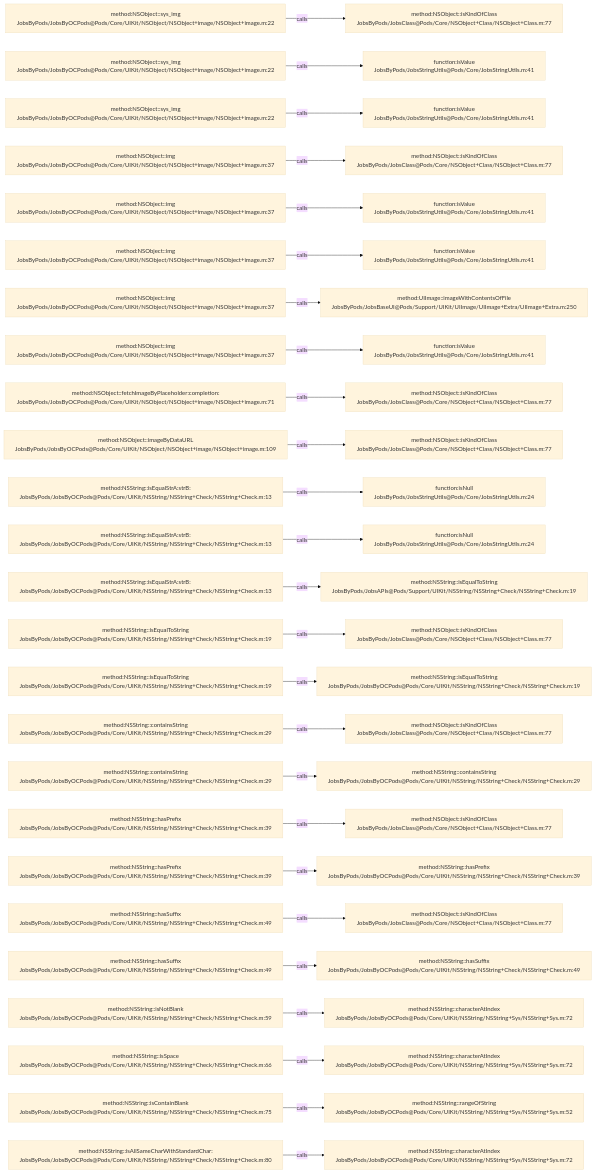
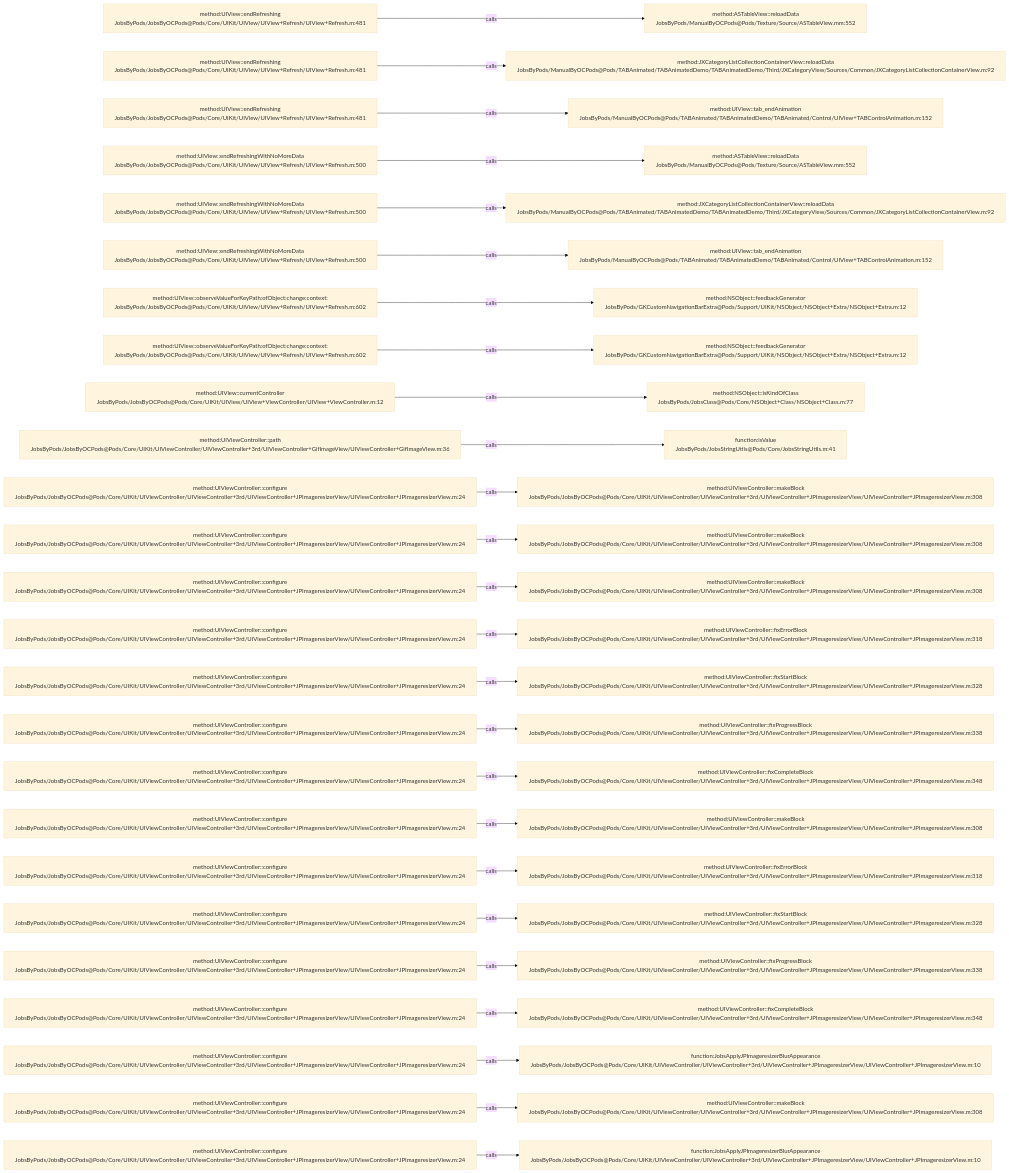
Before and after one commit to JobsKits/JobsOCBaseConfigDemo: the diagram in .codegraph/codegraph.md/graphs/calls-070.md, drawn with Mermaid (base theme). The commit also changed 1026 other files, not shown here.

````diff
--- a/.codegraph/codegraph.md/graphs/calls-070.md
+++ b/.codegraph/codegraph.md/graphs/calls-070.md
@@ -13,78 +13,78 @@
 ```mermaid
 flowchart LR
-  S1["method:NSObject::sys_img<br/>JobsByPods/JobsByOCPods@Pods/Core/UIKit/NSObject/NSObject+image/NSObject+image.m:22"]
-  T1["method:NSObject::isKindOfClass<br/>JobsByPods/JobsClass@Pods/Core/NSObject+Class/NSObject+Class.m:77"]
+  S1["method:UIView::endRefreshing<br/>JobsByPods/JobsByOCPods@Pods/Core/UIKit/UIView/UIView+Refresh/UIView+Refresh.m:481"]
+  T1["method:ASTableView::reloadData<br/>JobsByPods/ManualByOCPods@Pods/Texture/Source/ASTableView.mm:552"]
   S1 -->|calls| T1
-  S2["method:NSObject::sys_img<br/>JobsByPods/JobsByOCPods@Pods/Core/UIKit/NSObject/NSObject+image/NSObject+image.m:22"]
-  T2["function:isValue<br/>JobsByPods/JobsStringUtils@Pods/Core/JobsStringUtils.m:41"]
+  S2["method:UIView::endRefreshing<br/>JobsByPods/JobsByOCPods@Pods/Core/UIKit/UIView/UIView+Refresh/UIView+Refresh.m:481"]
+  T2["method:JXCategoryListCollectionContainerView::reloadData<br/>JobsByPods/ManualByOCPods@Pods/TABAnimated/TABAnimatedDemo/TABAnimatedDemo/Third/JXCategoryView/Sources/Common/JXCategoryListCollectionContainerView.m:92"]
   S2 -->|calls| T2
-  S3["method:NSObject::sys_img<br/>JobsByPods/JobsByOCPods@Pods/Core/UIKit/NSObject/NSObject+image/NSObject+image.m:22"]
-  T3["function:isValue<br/>JobsByPods/JobsStringUtils@Pods/Core/JobsStringUtils.m:41"]
+  S3["method:UIView::endRefreshing<br/>JobsByPods/JobsByOCPods@Pods/Core/UIKit/UIView/UIView+Refresh/UIView+Refresh.m:481"]
+  T3["method:UIView::tab_endAnimation<br/>JobsByPods/ManualByOCPods@Pods/TABAnimated/TABAnimatedDemo/TABAnimated/Control/UIView+TABControlAnimation.m:152"]
   S3 -->|calls| T3
-  S4["method:NSObject::img<br/>JobsByPods/JobsByOCPods@Pods/Core/UIKit/NSObject/NSObject+image/NSObject+image.m:37"]
-  T4["method:NSObject::isKindOfClass<br/>JobsByPods/JobsClass@Pods/Core/NSObject+Class/NSObject+Class.m:77"]
+  S4["method:UIView::endRefreshingWithNoMoreData<br/>JobsByPods/JobsByOCPods@Pods/Core/UIKit/UIView/UIView+Refresh/UIView+Refresh.m:500"]
+  T4["method:ASTableView::reloadData<br/>JobsByPods/ManualByOCPods@Pods/Texture/Source/ASTableView.mm:552"]
   S4 -->|calls| T4
-  S5["method:NSObject::img<br/>JobsByPods/JobsByOCPods@Pods/Core/UIKit/NSObject/NSObject+image/NSObject+image.m:37"]
-  T5["function:isValue<br/>JobsByPods/JobsStringUtils@Pods/Core/JobsStringUtils.m:41"]
+  S5["method:UIView::endRefreshingWithNoMoreData<br/>JobsByPods/JobsByOCPods@Pods/Core/UIKit/UIView/UIView+Refresh/UIView+Refresh.m:500"]
+  T5["method:JXCategoryListCollectionContainerView::reloadData<br/>JobsByPods/ManualByOCPods@Pods/TABAnimated/TABAnimatedDemo/TABAnimatedDemo/Third/JXCategoryView/Sources/Common/JXCategoryListCollectionContainerView.m:92"]
   S5 -->|calls| T5
-  S6["method:NSObject::img<br/>JobsByPods/JobsByOCPods@Pods/Core/UIKit/NSObject/NSObject+image/NSObject+image.m:37"]
-  T6["function:isValue<br/>JobsByPods/JobsStringUtils@Pods/Core/JobsStringUtils.m:41"]
+  S6["method:UIView::endRefreshingWithNoMoreData<br/>JobsByPods/JobsByOCPods@Pods/Core/UIKit/UIView/UIView+Refresh/UIView+Refresh.m:500"]
+  T6["method:UIView::tab_endAnimation<br/>JobsByPods/ManualByOCPods@Pods/TABAnimated/TABAnimatedDemo/TABAnimated/Control/UIView+TABControlAnimation.m:152"]
   S6 -->|calls| T6
-  S7["method:NSObject::img<br/>JobsByPods/JobsByOCPods@Pods/Core/UIKit/NSObject/NSObject+image/NSObject+image.m:37"]
-  T7["method:UIImage::imageWithContentsOfFile<br/>JobsByPods/JobsBaseUI@Pods/Support/UIKit/UIImage/UIImage+Extra/UIImage+Extra.m:250"]
+  S7["method:UIView::observeValueForKeyPath:ofObject:change:context:<br/>JobsByPods/JobsByOCPods@Pods/Core/UIKit/UIView/UIView+Refresh/UIView+Refresh.m:602"]
+  T7["method:NSObject::feedbackGenerator<br/>JobsByPods/GKCustomNavigationBarExtra@Pods/Support/UIKit/NSObject/NSObject+Extra/NSObject+Extra.m:12"]
   S7 -->|calls| T7
-  S8["method:NSObject::img<br/>JobsByPods/JobsByOCPods@Pods/Core/UIKit/NSObject/NSObject+image/NSObject+image.m:37"]
-  T8["function:isValue<br/>JobsByPods/JobsStringUtils@Pods/Core/JobsStringUtils.m:41"]
+  S8["method:UIView::observeValueForKeyPath:ofObject:change:context:<br/>JobsByPods/JobsByOCPods@Pods/Core/UIKit/UIView/UIView+Refresh/UIView+Refresh.m:602"]
+  T8["method:NSObject::feedbackGenerator<br/>JobsByPods/GKCustomNavigationBarExtra@Pods/Support/UIKit/NSObject/NSObject+Extra/NSObject+Extra.m:12"]
   S8 -->|calls| T8
-  S9["method:NSObject::fetchImageByPlaceholder:completion:<br/>JobsByPods/JobsByOCPods@Pods/Core/UIKit/NSObject/NSObject+image/NSObject+image.m:71"]
+  S9["method:UIView::currentController<br/>JobsByPods/JobsByOCPods@Pods/Core/UIKit/UIView/UIView+ViewController/UIView+ViewController.m:12"]
   T9["method:NSObject::isKindOfClass<br/>JobsByPods/JobsClass@Pods/Core/NSObject+Class/NSObject+Class.m:77"]
   S9 -->|calls| T9
-  S10["method:NSObject::imageByDataURL<br/>JobsByPods/JobsByOCPods@Pods/Core/UIKit/NSObject/NSObject+image/NSObject+image.m:109"]
-  T10["method:NSObject::isKindOfClass<br/>JobsByPods/JobsClass@Pods/Core/NSObject+Class/NSObject+Class.m:77"]
+  S10["method:UIViewController::path<br/>JobsByPods/JobsByOCPods@Pods/Core/UIKit/UIViewController/UIViewController+3rd/UIViewController+GifImageView/UIViewController+GifImageView.m:36"]
+  T10["function:isValue<br/>JobsByPods/JobsStringUtils@Pods/Core/JobsStringUtils.m:41"]
   S10 -->|calls| T10
-  S11["method:NSString::isEqualStrA:strB:<br/>JobsByPods/JobsByOCPods@Pods/Core/UIKit/NSString/NSString+Check/NSString+Check.m:13"]
-  T11["function:isNull<br/>JobsByPods/JobsStringUtils@Pods/Core/JobsStringUtils.m:24"]
+  S11["method:UIViewController::configure<br/>JobsByPods/JobsByOCPods@Pods/Core/UIKit/UIViewController/UIViewController+3rd/UIViewController+JPImageresizerView/UIViewController+JPImageresizerView.m:24"]
+  T11["method:UIViewController::makeBlock<br/>JobsByPods/JobsByOCPods@Pods/Core/UIKit/UIViewController/UIViewController+3rd/UIViewController+JPImageresizerView/UIViewController+JPImageresizerView.m:308"]
   S11 -->|calls| T11
-  S12["method:NSString::isEqualStrA:strB:<br/>JobsByPods/JobsByOCPods@Pods/Core/UIKit/NSString/NSString+Check/NSString+Check.m:13"]
-  T12["function:isNull<br/>JobsByPods/JobsStringUtils@Pods/Core/JobsStringUtils.m:24"]
+  S12["method:UIViewController::configure<br/>JobsByPods/JobsByOCPods@Pods/Core/UIKit/UIViewController/UIViewController+3rd/UIViewController+JPImageresizerView/UIViewController+JPImageresizerView.m:24"]
+  T12["method:UIViewController::makeBlock<br/>JobsByPods/JobsByOCPods@Pods/Core/UIKit/UIViewController/UIViewController+3rd/UIViewController+JPImageresizerView/UIViewController+JPImageresizerView.m:308"]
   S12 -->|calls| T12
-  S13["method:NSString::isEqualStrA:strB:<br/>JobsByPods/JobsByOCPods@Pods/Core/UIKit/NSString/NSString+Check/NSString+Check.m:13"]
-  T13["method:NSString::isEqualToString<br/>JobsByPods/JobsAPIs@Pods/Support/UIKit/NSString/NSString+Check/NSString+Check.m:19"]
+  S13["method:UIViewController::configure<br/>JobsByPods/JobsByOCPods@Pods/Core/UIKit/UIViewController/UIViewController+3rd/UIViewController+JPImageresizerView/UIViewController+JPImageresizerView.m:24"]
+  T13["method:UIViewController::makeBlock<br/>JobsByPods/JobsByOCPods@Pods/Core/UIKit/UIViewController/UIViewController+3rd/UIViewController+JPImageresizerView/UIViewController+JPImageresizerView.m:308"]
   S13 -->|calls| T13
-  S14["method:NSString::isEqualToString<br/>JobsByPods/JobsByOCPods@Pods/Core/UIKit/NSString/NSString+Check/NSString+Check.m:19"]
-  T14["method:NSObject::isKindOfClass<br/>JobsByPods/JobsClass@Pods/Core/NSObject+Class/NSObject+Class.m:77"]
+  S14["method:UIViewController::configure<br/>JobsByPods/JobsByOCPods@Pods/Core/UIKit/UIViewController/UIViewController+3rd/UIViewController+JPImageresizerView/UIViewController+JPImageresizerView.m:24"]
+  T14["method:UIViewController::fixErrorBlock<br/>JobsByPods/JobsByOCPods@Pods/Core/UIKit/UIViewController/UIViewController+3rd/UIViewController+JPImageresizerView/UIViewController+JPImageresizerView.m:318"]
   S14 -->|calls| T14
-  S15["method:NSString::isEqualToString<br/>JobsByPods/JobsByOCPods@Pods/Core/UIKit/NSString/NSString+Check/NSString+Check.m:19"]
-  T15["method:NSString::isEqualToString<br/>JobsByPods/JobsByOCPods@Pods/Core/UIKit/NSString/NSString+Check/NSString+Check.m:19"]
+  S15["method:UIViewController::configure<br/>JobsByPods/JobsByOCPods@Pods/Core/UIKit/UIViewController/UIViewController+3rd/UIViewController+JPImageresizerView/UIViewController+JPImageresizerView.m:24"]
+  T15["method:UIViewController::fixStartBlock<br/>JobsByPods/JobsByOCPods@Pods/Core/UIKit/UIViewController/UIViewController+3rd/UIViewController+JPImageresizerView/UIViewController+JPImageresizerView.m:328"]
   S15 -->|calls| T15
-  S16["method:NSString::containsString<br/>JobsByPods/JobsByOCPods@Pods/Core/UIKit/NSString/NSString+Check/NSString+Check.m:29"]
-  T16["method:NSObject::isKindOfClass<br/>JobsByPods/JobsClass@Pods/Core/NSObject+Class/NSObject+Class.m:77"]
+  S16["method:UIViewController::configure<br/>JobsByPods/JobsByOCPods@Pods/Core/UIKit/UIViewController/UIViewController+3rd/UIViewController+JPImageresizerView/UIViewController+JPImageresizerView.m:24"]
+  T16["method:UIViewController::fixProgressBlock<br/>JobsByPods/JobsByOCPods@Pods/Core/UIKit/UIViewController/UIViewController+3rd/UIViewController+JPImageresizerView/UIViewController+JPImageresizerView.m:338"]
   S16 -->|calls| T16
-  S17["method:NSString::containsString<br/>JobsByPods/JobsByOCPods@Pods/Core/UIKit/NSString/NSString+Check/NSString+Check.m:29"]
-  T17["method:NSString::containsString<br/>JobsByPods/JobsByOCPods@Pods/Core/UIKit/NSString/NSString+Check/NSString+Check.m:29"]
+  S17["method:UIViewController::configure<br/>JobsByPods/JobsByOCPods@Pods/Core/UIKit/UIViewController/UIViewController+3rd/UIViewController+JPImageresizerView/UIViewController+JPImageresizerView.m:24"]
+  T17["method:UIViewController::fixCompleteBlock<br/>JobsByPods/JobsByOCPods@Pods/Core/UIKit/UIViewController/UIViewController+3rd/UIViewController+JPImageresizerView/UIViewController+JPImageresizerView.m:348"]
   S17 -->|calls| T17
-  S18["method:NSString::hasPrefix<br/>JobsByPods/JobsByOCPods@Pods/Core/UIKit/NSString/NSString+Check/NSString+Check.m:39"]
-  T18["method:NSObject::isKindOfClass<br/>JobsByPods/JobsClass@Pods/Core/NSObject+Class/NSObject+Class.m:77"]
+  S18["method:UIViewController::configure<br/>JobsByPods/JobsByOCPods@Pods/Core/UIKit/UIViewController/UIViewController+3rd/UIViewController+JPImageresizerView/UIViewController+JPImageresizerView.m:24"]
+  T18["method:UIViewController::makeBlock<br/>JobsByPods/JobsByOCPods@Pods/Core/UIKit/UIViewController/UIViewController+3rd/UIViewController+JPImageresizerView/UIViewController+JPImageresizerView.m:308"]
   S18 -->|calls| T18
-  S19["method:NSString::hasPrefix<br/>JobsByPods/JobsByOCPods@Pods/Core/UIKit/NSString/NSString+Check/NSString+Check.m:39"]
-  T19["method:NSString::hasPrefix<br/>JobsByPods/JobsByOCPods@Pods/Core/UIKit/NSString/NSString+Check/NSString+Check.m:39"]
+  S19["method:UIViewController::configure<br/>JobsByPods/JobsByOCPods@Pods/Core/UIKit/UIViewController/UIViewController+3rd/UIViewController+JPImageresizerView/UIViewController+JPImageresizerView.m:24"]
+  T19["method:UIViewController::fixErrorBlock<br/>JobsByPods/JobsByOCPods@Pods/Core/UIKit/UIViewController/UIViewController+3rd/UIViewController+JPImageresizerView/UIViewController+JPImageresizerView.m:318"]
   S19 -->|calls| T19
-  S20["method:NSString::hasSuffix<br/>JobsByPods/JobsByOCPods@Pods/Core/UIKit/NSString/NSString+Check/NSString+Check.m:49"]
-  T20["method:NSObject::isKindOfClass<br/>JobsByPods/JobsClass@Pods/Core/NSObject+Class/NSObject+Class.m:77"]
+  S20["method:UIViewController::configure<br/>JobsByPods/JobsByOCPods@Pods/Core/UIKit/UIViewController/UIViewController+3rd/UIViewController+JPImageresizerView/UIViewController+JPImageresizerView.m:24"]
+  T20["method:UIViewController::fixStartBlock<br/>JobsByPods/JobsByOCPods@Pods/Core/UIKit/UIViewController/UIViewController+3rd/UIViewController+JPImageresizerView/UIViewController+JPImageresizerView.m:328"]
   S20 -->|calls| T20
-  S21["method:NSString::hasSuffix<br/>JobsByPods/JobsByOCPods@Pods/Core/UIKit/NSString/NSString+Check/NSString+Check.m:49"]
-  T21["method:NSString::hasSuffix<br/>JobsByPods/JobsByOCPods@Pods/Core/UIKit/NSString/NSString+Check/NSString+Check.m:49"]
+  S21["method:UIViewController::configure<br/>JobsByPods/JobsByOCPods@Pods/Core/UIKit/UIViewController/UIViewController+3rd/UIViewController+JPImageresizerView/UIViewController+JPImageresizerView.m:24"]
+  T21["method:UIViewController::fixProgressBlock<br/>JobsByPods/JobsByOCPods@Pods/Core/UIKit/UIViewController/UIViewController+3rd/UIViewController+JPImageresizerView/UIViewController+JPImageresizerView.m:338"]
   S21 -->|calls| T21
-  S22["method:NSString::isNotBlank<br/>JobsByPods/JobsByOCPods@Pods/Core/UIKit/NSString/NSString+Check/NSString+Check.m:59"]
-  T22["method:NSString::characterAtIndex<br/>JobsByPods/JobsByOCPods@Pods/Core/UIKit/NSString/NSString+Sys/NSString+Sys.m:72"]
+  S22["method:UIViewController::configure<br/>JobsByPods/JobsByOCPods@Pods/Core/UIKit/UIViewController/UIViewController+3rd/UIViewController+JPImageresizerView/UIViewController+JPImageresizerView.m:24"]
+  T22["method:UIViewController::fixCompleteBlock<br/>JobsByPods/JobsByOCPods@Pods/Core/UIKit/UIViewController/UIViewController+3rd/UIViewController+JPImageresizerView/UIViewController+JPImageresizerView.m:348"]
   S22 -->|calls| T22
-  S23["method:NSString::isSpace<br/>JobsByPods/JobsByOCPods@Pods/Core/UIKit/NSString/NSString+Check/NSString+Check.m:66"]
-  T23["method:NSString::characterAtIndex<br/>JobsByPods/JobsByOCPods@Pods/Core/UIKit/NSString/NSString+Sys/NSString+Sys.m:72"]
+  S23["method:UIViewController::configure<br/>JobsByPods/JobsByOCPods@Pods/Core/UIKit/UIViewController/UIViewController+3rd/UIViewController+JPImageresizerView/UIViewController+JPImageresizerView.m:24"]
+  T23["function:JobsApplyJPImageresizerBlurAppearance<br/>JobsByPods/JobsByOCPods@Pods/Core/UIKit/UIViewController/UIViewController+3rd/UIViewController+JPImageresizerView/UIViewController+JPImageresizerView.m:10"]
   S23 -->|calls| T23
-  S24["method:NSString::isContainBlank<br/>JobsByPods/JobsByOCPods@Pods/Core/UIKit/NSString/NSString+Check/NSString+Check.m:75"]
-  T24["method:NSString::rangeOfString<br/>JobsByPods/JobsByOCPods@Pods/Core/UIKit/NSString/NSString+Sys/NSString+Sys.m:52"]
+  S24["method:UIViewController::configure<br/>JobsByPods/JobsByOCPods@Pods/Core/UIKit/UIViewController/UIViewController+3rd/UIViewController+JPImageresizerView/UIViewController+JPImageresizerView.m:24"]
+  T24["method:UIViewController::makeBlock<br/>JobsByPods/JobsByOCPods@Pods/Core/UIKit/UIViewController/UIViewController+3rd/UIViewController+JPImageresizerView/UIViewController+JPImageresizerView.m:308"]
   S24 -->|calls| T24
-  S25["method:NSString::isAllSameCharWithStandardChar:<br/>JobsByPods/JobsByOCPods@Pods/Core/UIKit/NSString/NSString+Check/NSString+Check.m:80"]
-  T25["method:NSString::characterAtIndex<br/>JobsByPods/JobsByOCPods@Pods/Core/UIKit/NSString/NSString+Sys/NSString+Sys.m:72"]
+  S25["method:UIViewController::configure<br/>JobsByPods/JobsByOCPods@Pods/Core/UIKit/UIViewController/UIViewController+3rd/UIViewController+JPImageresizerView/UIViewController+JPImageresizerView.m:24"]
+  T25["function:JobsApplyJPImageresizerBlurAppearance<br/>JobsByPods/JobsByOCPods@Pods/Core/UIKit/UIViewController/UIViewController+3rd/UIViewController+JPImageresizerView/UIViewController+JPImageresizerView.m:10"]
   S25 -->|calls| T25
 ```
````
